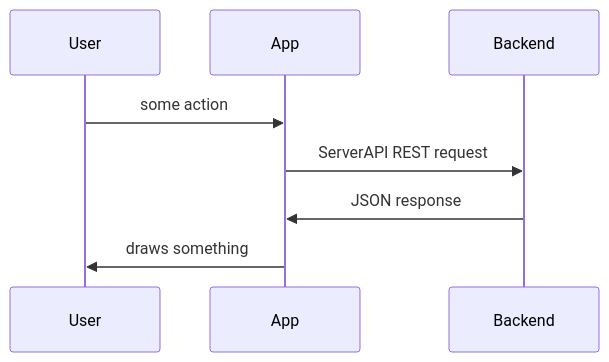
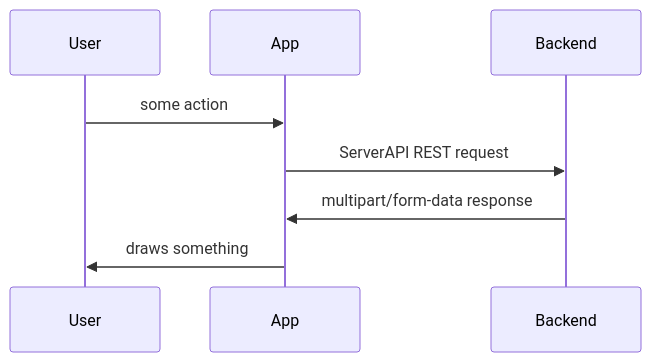
The first of 7 diagrams in README.md (funduck/modular-notes), drawn with Mermaid before and after one commit. The commit also changed other lines of this file and 5 other files, not shown here.

````diff
--- a/README.md
+++ b/README.md
@@ -11,7 +11,7 @@
 ```mermaid
 sequenceDiagram
     User->>App: some action
     App->>Backend: ServerAPI REST request
-    Backend->>App: JSON response
+    Backend->>App: multipart/form-data response
     App->>User: draws something
 ```
````
